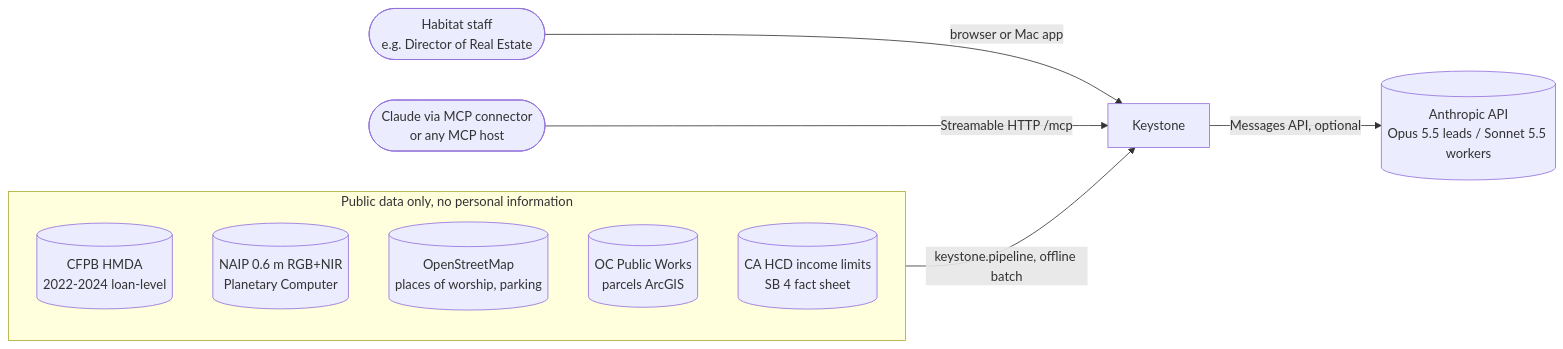
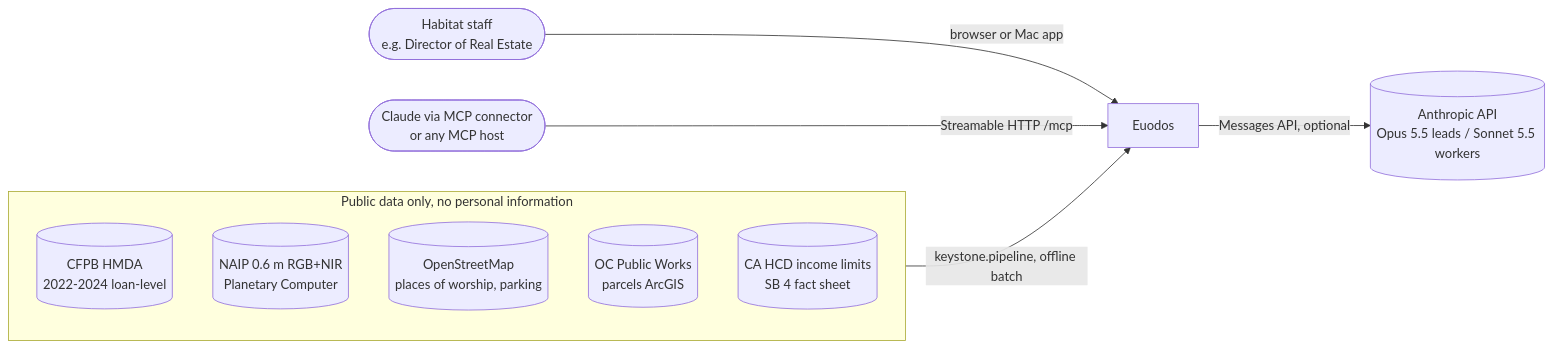
The first of 10 diagrams in docs/ARCHITECTURE.md (MaranZeal678/euodos-habitat-oc), drawn with Mermaid before and after one commit. The commit also changed other lines of this file and 38 other files, not shown here.

````diff
--- a/docs/ARCHITECTURE.md
+++ b/docs/ARCHITECTURE.md
@@ -11,14 +11,14 @@
 ```mermaid
 flowchart LR
-  user([Habitat staff<br/>e.g. Director of Real Estate]) -->|browser or Mac app| ks[Keystone]
+  user([Habitat staff<br/>e.g. Director of Real Estate]) -->|browser or Mac app| ks[Euodos]
   claude([Claude via MCP connector<br/>or any MCP host]) -->|Streamable HTTP /mcp| ks
   ks -->|Messages API, optional| anthropic[(Anthropic API<br/>Opus 5.5 leads / Sonnet 5.5 workers)]
   subgraph public[Public data only, no personal information]
     hmda[(CFPB HMDA<br/>2022-2024 loan-level)]
     naip[(NAIP 0.6 m RGB+NIR<br/>Planetary Computer)]
     osm[(OpenStreetMap<br/>places of worship, parking)]
     parcels[(OC Public Works<br/>parcels ArcGIS)]
     hcd[(CA HCD income limits<br/>SB 4 fact sheet)]
   end
   public -->|keystone.pipeline, offline batch| ks
 ```
````
